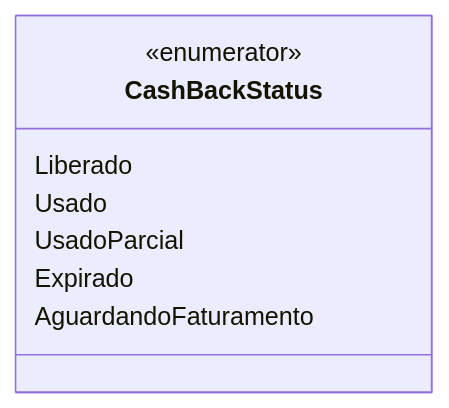
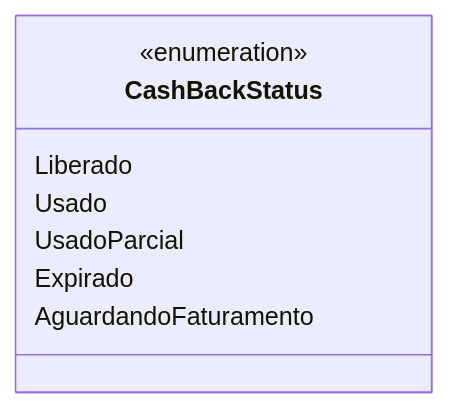
One commit to IsthmusSistemas/documentacao-tecnica changed the diagram in docs/b2b-dominio/IsthmusWinthor.Nucleo/IsthmusWinthor.Dominio/Enumeradores/CashBackStatus.md. Above: the diagram before and after it, drawn with Mermaid. The commit also changed other lines of this file and 882 other files, not shown here.

````diff
--- a/docs/b2b-dominio/IsthmusWinthor.Nucleo/IsthmusWinthor.Dominio/Enumeradores/CashBackStatus.md
+++ b/docs/b2b-dominio/IsthmusWinthor.Nucleo/IsthmusWinthor.Dominio/Enumeradores/CashBackStatus.md
@@ -11,11 +10,11 @@
 ```mermaid
 classDiagram
-    class CashBackStatus {
-        <<enumerator>>
-    }
-    CashBackStatus : Liberado
-    CashBackStatus : Usado
-    CashBackStatus : UsadoParcial
-    CashBackStatus : Expirado
-    CashBackStatus : AguardandoFaturamento
-``` 
+class CashBackStatus {
+    <<enumeration>>
+    Liberado
+    Usado
+    UsadoParcial
+    Expirado
+    AguardandoFaturamento
+}
+```
````
